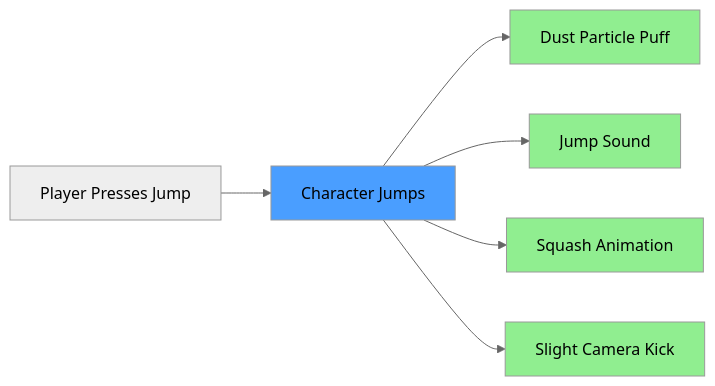
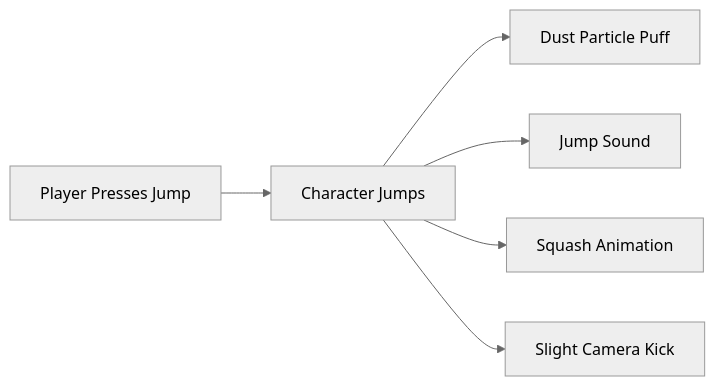
The diagram in docs/feel/02-why-feel.md (wallstop/unity-tips), drawn with Mermaid (neutral theme) before and after one commit. The commit also changed 27 other files, not shown here.

Commit message:
Convert ASCII diagrams to Mermaid format (#30)

````diff
--- a/docs/feel/02-why-feel.md
+++ b/docs/feel/02-why-feel.md
@@ -20,14 +20,9 @@
 ```mermaid
 graph LR
     A[Player Presses Jump] --> B[Character Jumps]
     B --> C[Dust Particle Puff]
     B --> D[Jump Sound]
     B --> E[Squash Animation]
     B --> F[Slight Camera Kick]
 
-    style B fill:#4a9eff
-    style C fill:#90EE90
-    style D fill:#90EE90
-    style E fill:#90EE90
-    style F fill:#90EE90
 ```
````
